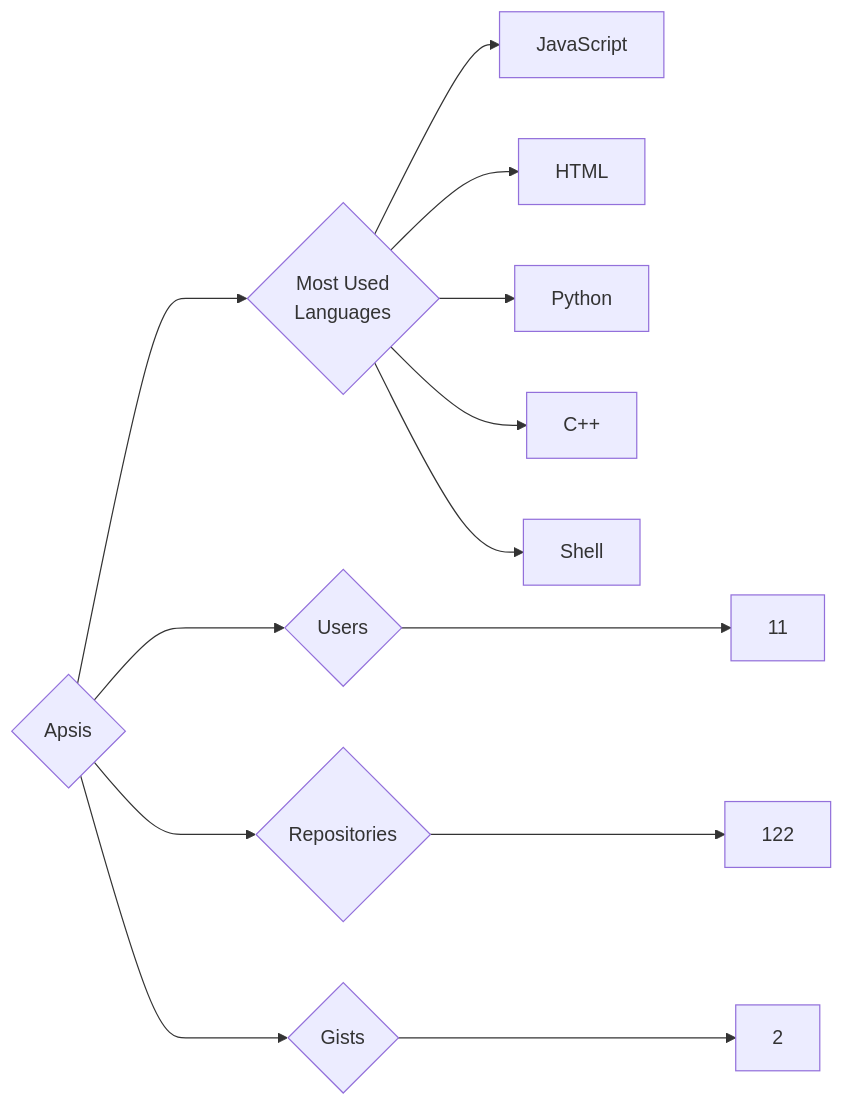
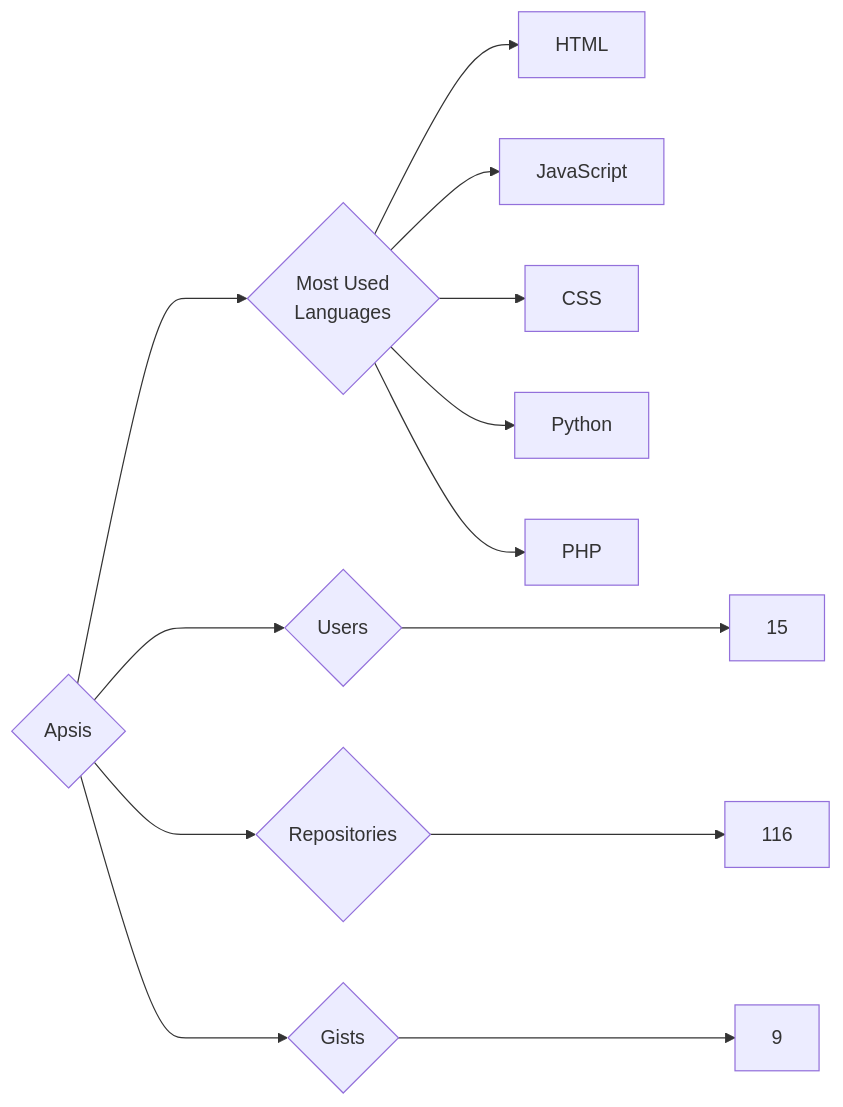
Before and after one commit to trickest/insiders: the diagram in targets/Apsis/README.md, drawn with Mermaid. The commit also changed 757 other files, not shown here.

````diff
--- a/targets/Apsis/README.md
+++ b/targets/Apsis/README.md
@@ -3,13 +3,13 @@
 ```mermaid
 graph LR
 COMPANY_NAME{Apsis}
-COMPANY_NAME ---> U{Users} ---> UN[11]
-COMPANY_NAME ---> R{Repositories} ---> RN[122]
-COMPANY_NAME ---> G{Gists} ---> GN[2]
+COMPANY_NAME ---> U{Users} ---> UN[15]
+COMPANY_NAME ---> R{Repositories} ---> RN[116]
+COMPANY_NAME ---> G{Gists} ---> GN[9]
 COMPANY_NAME ---> ML{Most Used<br>Languages}
+ML --> HTML[HTML]
 ML --> JavaScript[JavaScript]
-ML --> HTML[HTML]
+ML --> CSS[CSS]
 ML --> Python[Python]
-ML --> C++[C++]
-ML --> Shell[Shell]
+ML --> PHP[PHP]
 ```
````
